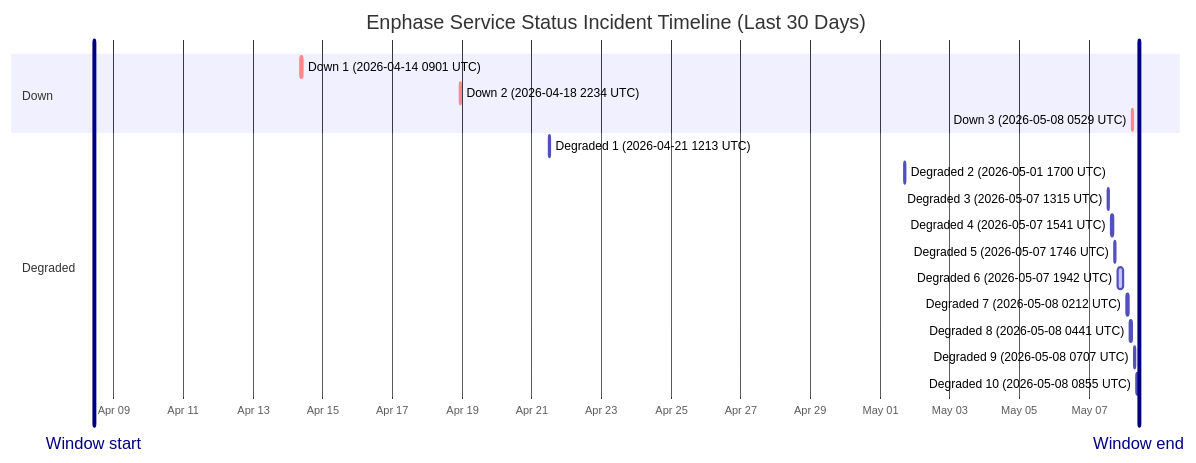
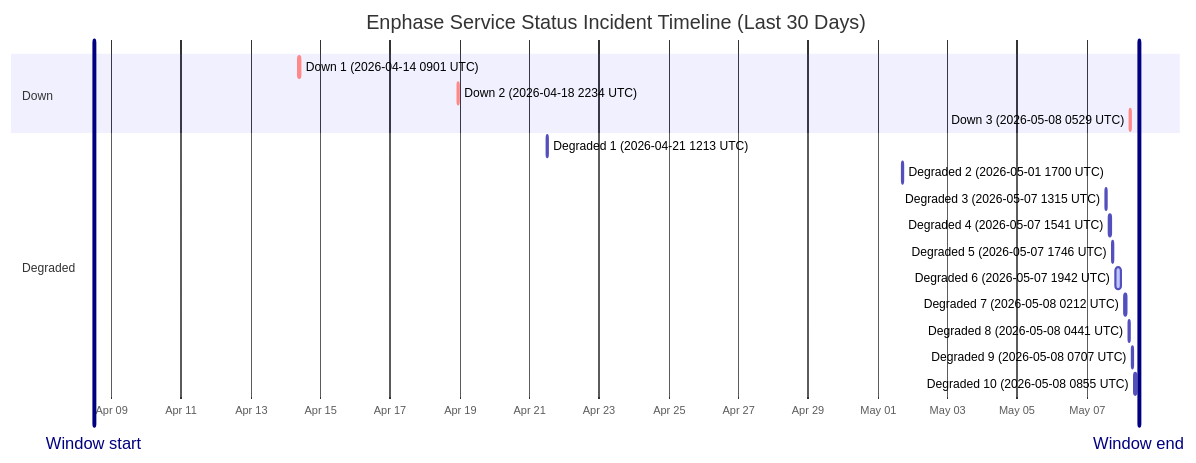
The diagram in wiki/Service-Status-History.md (barneyonline/ha-enphase-ev-charger), drawn with Mermaid before and after one commit. The commit also changed other lines of this file and 3 other files, not shown here.

````diff
--- a/wiki/Service-Status-History.md
+++ b/wiki/Service-Status-History.md
@@ -14,23 +14,23 @@
 ```mermaid
 gantt
     title Enphase Service Status Incident Timeline (Last 30 Days)
     dateFormat  YYYY-MM-DDTHH:mm:ss
     axisFormat  %b %d
-    Window start :vert, window-start, 2026-04-08T10:23:52, 0ms
-    Window end :vert, window-end, 2026-05-08T10:23:52, 0ms
+    Window start :vert, window-start, 2026-04-08T11:52:57, 0ms
+    Window end :vert, window-end, 2026-05-08T11:52:57, 0ms
     section Down
     Down 1 (2026-04-14 0901 UTC) :crit, down-1, 2026-04-14T09:01:13, 60m
     Down 2 (2026-04-18 2234 UTC) :crit, down-2, 2026-04-18T22:34:13, 60m
     Down 3 (2026-05-08 0529 UTC) :crit, down-3, 2026-05-08T05:29:47, 60m
     section Degraded
     Degraded 1 (2026-04-21 1213 UTC) :active, degraded-1, 2026-04-21T12:13:11, 60m
     Degraded 2 (2026-05-01 1700 UTC) :active, degraded-2, 2026-05-01T17:00:22, 60m
     Degraded 3 (2026-05-07 1315 UTC) :active, degraded-3, 2026-05-07T13:15:25, 60m
     Degraded 4 (2026-05-07 1541 UTC) :active, degraded-4, 2026-05-07T15:41:58, 60m
     Degraded 5 (2026-05-07 1746 UTC) :active, degraded-5, 2026-05-07T17:46:51, 60m
     Degraded 6 (2026-05-07 1942 UTC) :active, degraded-6, 2026-05-07T19:42:10, 249m
     Degraded 7 (2026-05-08 0212 UTC) :active, degraded-7, 2026-05-08T02:12:39, 60m
     Degraded 8 (2026-05-08 0441 UTC) :active, degraded-8, 2026-05-08T04:41:46, 60m
     Degraded 9 (2026-05-08 0707 UTC) :active, degraded-9, 2026-05-08T07:07:30, 60m
     Degraded 10 (2026-05-08 0855 UTC) :active, degraded-10, 2026-05-08T08:55:20, 88m
 ```
````
